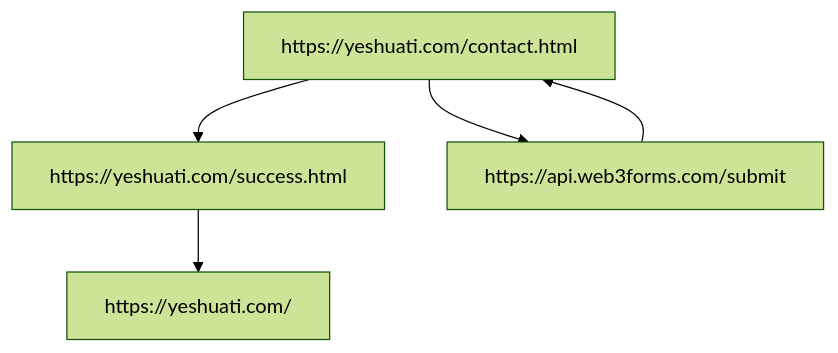
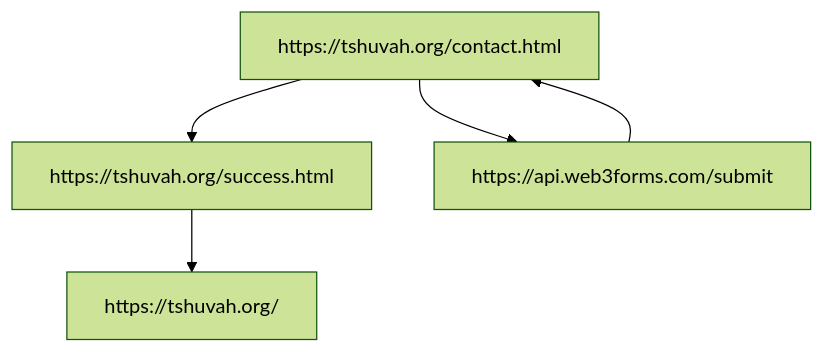
The second of 2 diagrams in README.md (yeshuati7/yeshuati7.github.io), drawn with Mermaid (forest theme) before and after one commit. The commit also changed other lines of this file, not shown here.

````diff
--- a/README.md
+++ b/README.md
@@ -88,7 +88,7 @@
 ```mermaid
 graph TD;
-    https://yeshuati.com/contact.html-->https://yeshuati.com/success.html;
-    https://yeshuati.com/contact.html-->https://api.web3forms.com/submit;
-    https://yeshuati.com/success.html-->https://yeshuati.com/;
-    https://api.web3forms.com/submit-->https://yeshuati.com/contact.html;
+    https://tshuvah.org/contact.html-->https://tshuvah.org/success.html;
+    https://tshuvah.org/contact.html-->https://api.web3forms.com/submit;
+    https://tshuvah.org/success.html-->https://tshuvah.org/;
+    https://api.web3forms.com/submit-->https://tshuvah.org/contact.html;
 ```
````
